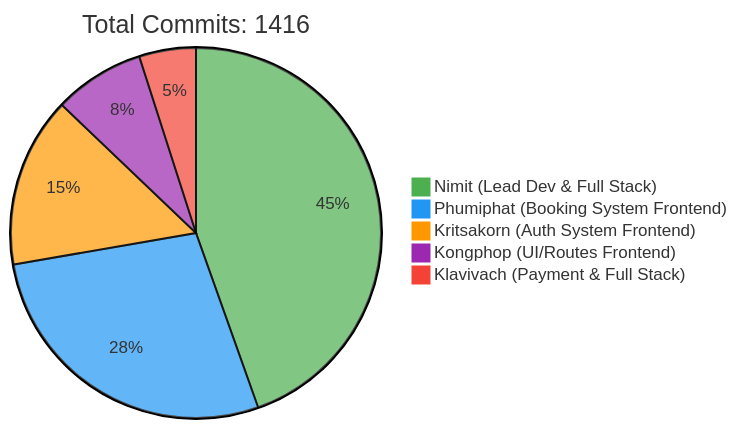
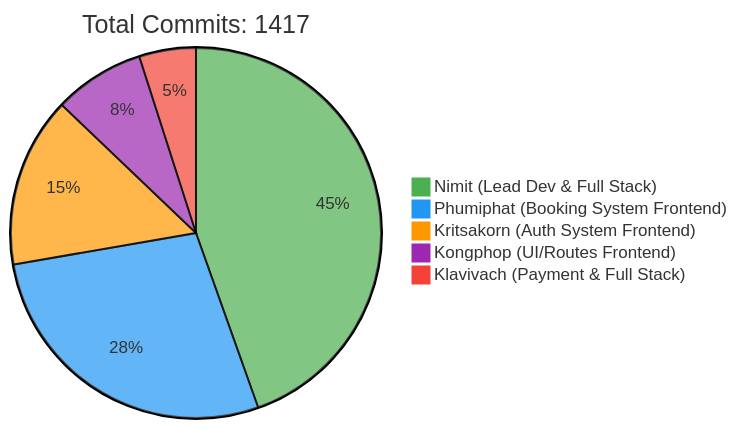
The first of 2 diagrams in README.md (6531503042/Sport-Complex), drawn with Mermaid before and after one commit. The commit also changed other lines of this file, not shown here.

Commit message:
docs: Update contributor statistics [skip ci]

````diff
--- a/README.md
+++ b/README.md
@@ -257,10 +257,10 @@
 ```mermaid
 %%{init: {'theme': 'base', 'themeVariables': { 'pie1': '#4CAF50', 'pie2': '#2196F3', 'pie3': '#FF9800', 'pie4': '#9C27B0', 'pie5': '#F44336'}}}%%
 pie
-    title Total Commits: 1416
+    title Total Commits: 1417
     "Nimit (Lead Dev & Full Stack)" : 450
     "Phumiphat (Booking System Frontend)" : 280
     "Kritsakorn (Auth System Frontend)" : 150
     "Kongphop (UI/Routes Frontend)" : 80
     "Klavivach (Payment & Full Stack)" : 50
 ```
````
